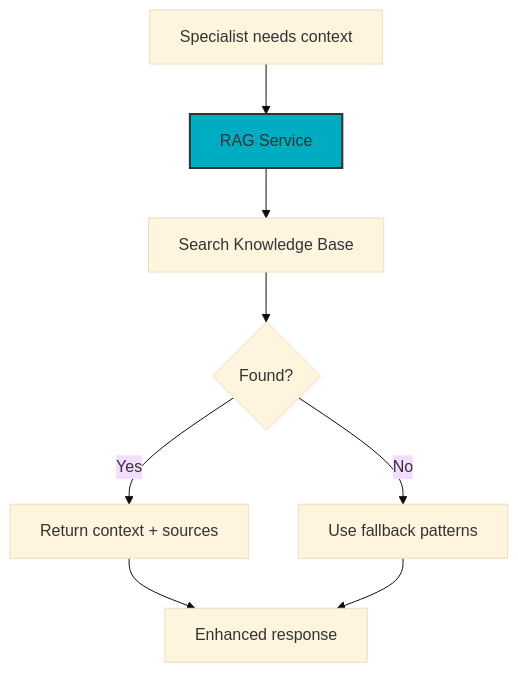
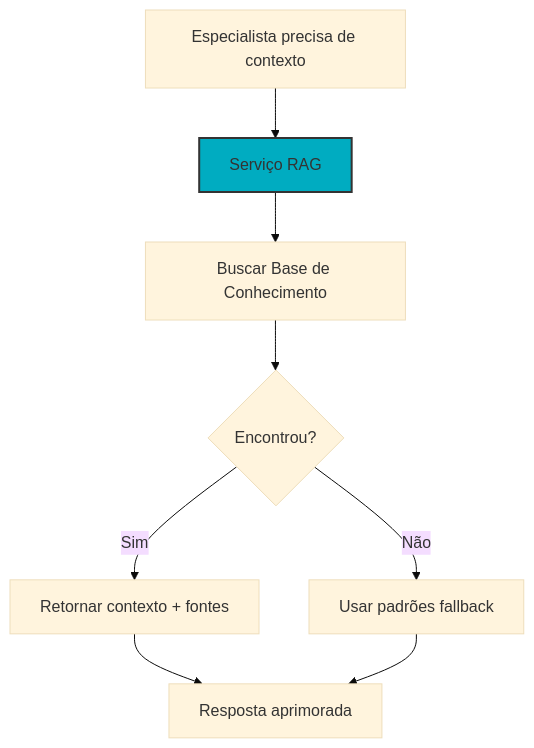
One commit to VictorCappelletto/data_agent_ia_01 changed the third of 11 diagrams in docs/architecture/agent-flow.md. Above: the diagram before and after it, drawn with Mermaid (base theme). The commit also changed other lines of this file and 11 other files, not shown here.

````diff
--- a/docs/architecture/agent-flow.md
+++ b/docs/architecture/agent-flow.md
@@ -55,12 +55,12 @@
 ```mermaid
 graph TD
-    A[Specialist needs context] --> B[RAG Service]
-    B --> C[Search Knowledge Base]
-    C --> D{Found?}
-    D -->|Yes| E[Return context + sources]
-    D -->|No| F[Use fallback patterns]
-    E --> G[Enhanced response]
+    A[Especialista precisa de contexto] --> B[Serviço RAG]
+    B --> C[Buscar Base de Conhecimento]
+    C --> D{Encontrou?}
+    D -->|Sim| E[Retornar contexto + fontes]
+    D -->|Não| F[Usar padrões fallback]
+    E --> G[Resposta aprimorada]
     F --> G
     
     style B fill:#00acc1,stroke:#333,stroke-width:2px
 ```
````
